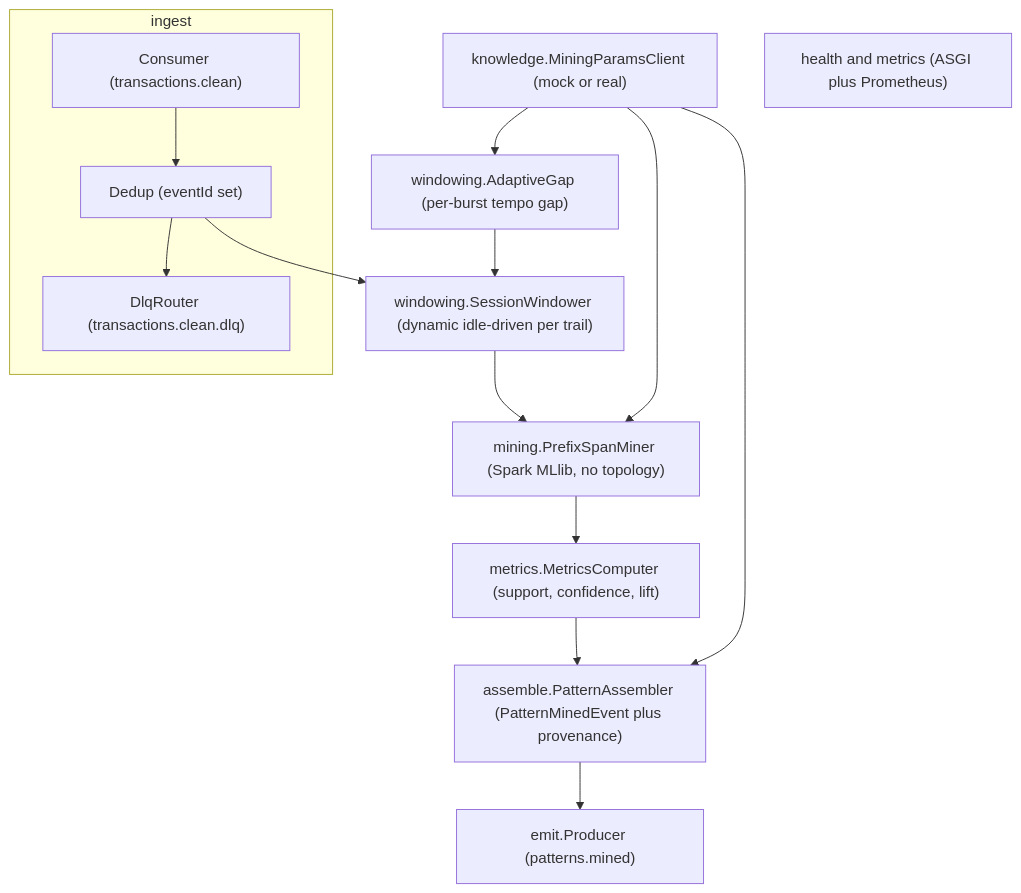
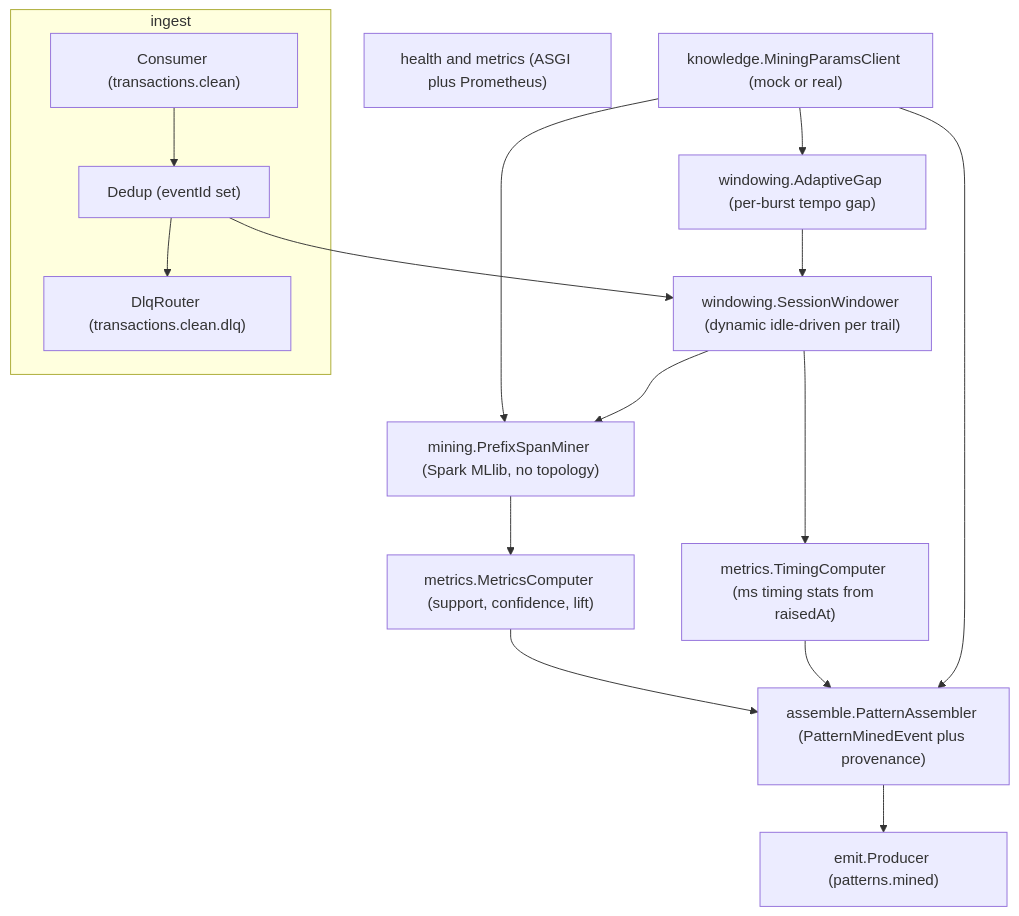
The first of 4 diagrams in services/pattern-miner/design.md (nikhilmohan/correlation-platform), drawn with Mermaid before and after one commit. The commit also changed other lines of this file and 1 other file, not shown here.

First line of the commit message:
design(pattern-miner): align PatternMinedEvent.timing keys+units to Pattern Manager deriver (P2-GAP-10)

````diff
--- a/services/pattern-miner/design.md
+++ b/services/pattern-miner/design.md
@@ -79,28 +79,31 @@
 ```mermaid
 flowchart TD
   subgraph ingest["ingest"]
     C["Consumer (transactions.clean)"]
     D["Dedup (eventId set)"]
     DLQ["DlqRouter (transactions.clean.dlq)"]
   end
   K["knowledge.MiningParamsClient (mock or real)"]
   W["windowing.SessionWindower (dynamic idle-driven per trail)"]
   AG["windowing.AdaptiveGap (per-burst tempo gap)"]
   M["mining.PrefixSpanMiner (Spark MLlib, no topology)"]
   MET["metrics.MetricsComputer (support, confidence, lift)"]
+  TC["metrics.TimingComputer (ms timing stats from raisedAt)"]
   A["assemble.PatternAssembler (PatternMinedEvent plus provenance)"]
   E["emit.Producer (patterns.mined)"]
   OBS["health and metrics (ASGI plus Prometheus)"]
 
   C --> D
   D --> DLQ
   D --> W
   K --> AG
   AG --> W
   K --> M
   W --> M
+  W --> TC
   M --> MET
   MET --> A
+  TC --> A
   K --> A
   A --> E
 ```
````
